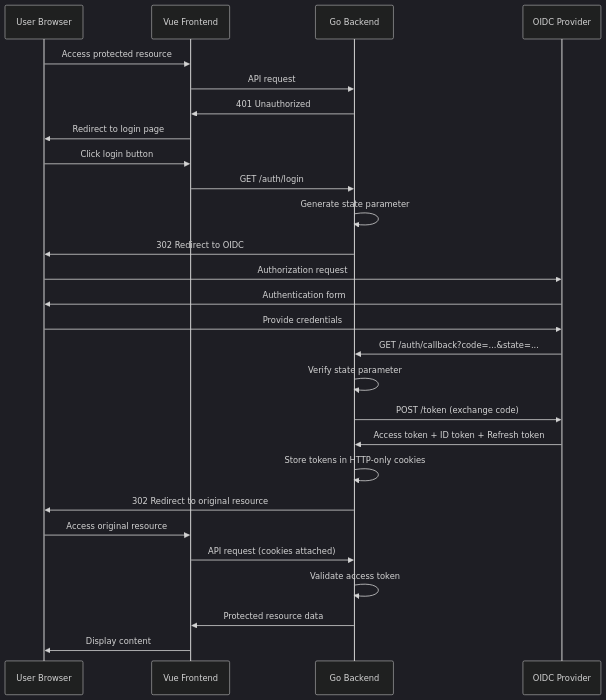
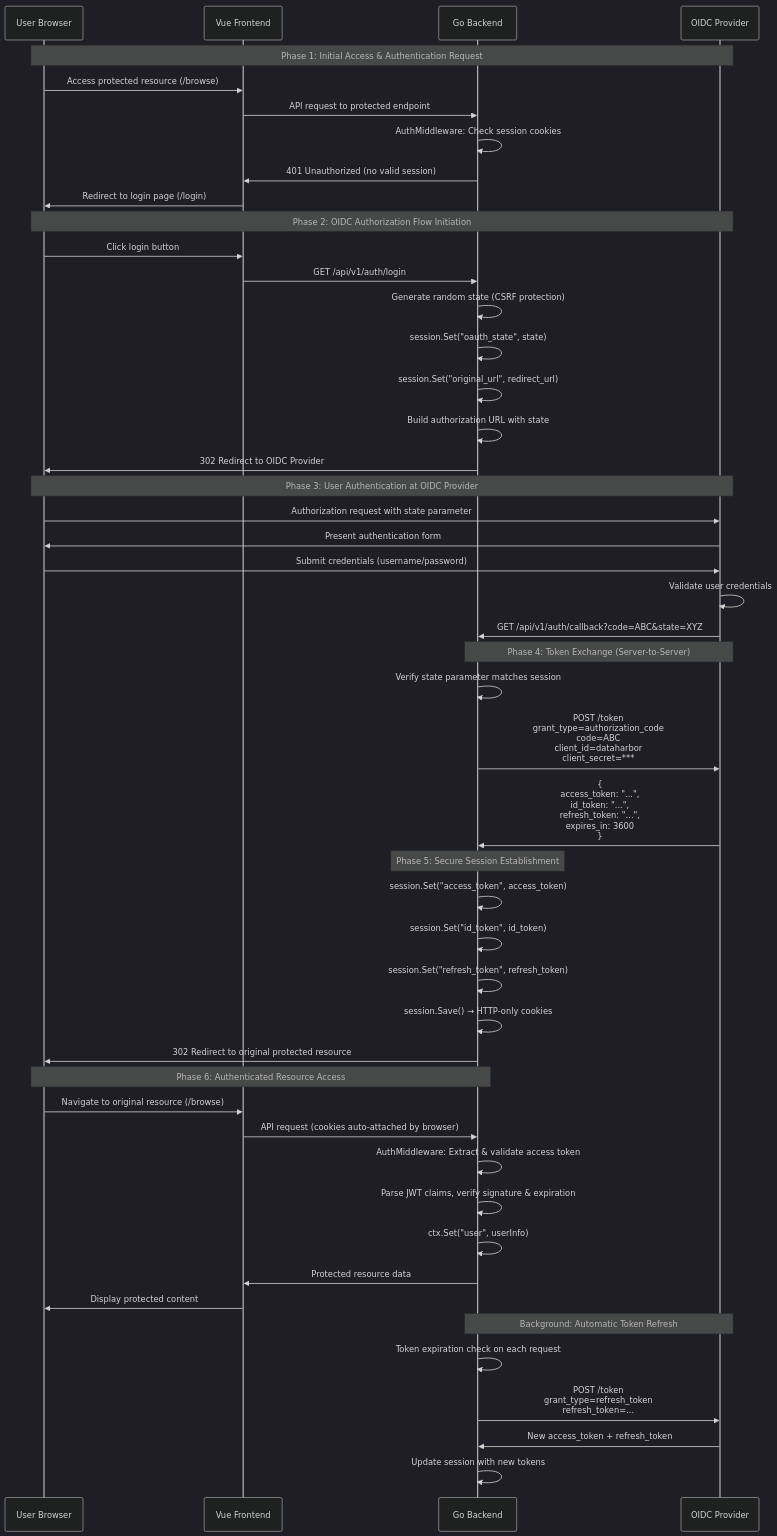
The first of 3 diagrams in docs/AUTHENTICATION.md (AnarManafov/dataharbor), drawn with Mermaid (dark theme) before and after one commit. The commit also changed other lines of this file and 25 other files, not shown here.

````diff
--- a/docs/AUTHENTICATION.md
+++ b/docs/AUTHENTICATION.md
@@ -13,35 +13,57 @@
 ```mermaid
 sequenceDiagram
     participant User as User Browser
     participant Frontend as Vue Frontend
     participant Backend as Go Backend  
     participant OIDC as OIDC Provider
     
-    User->>Frontend: Access protected resource
-    Frontend->>Backend: API request
-    Backend->>Frontend: 401 Unauthorized
-    Frontend->>User: Redirect to login page
+    Note over User,OIDC: Phase 1: Initial Access & Authentication Request
+    User->>Frontend: Access protected resource (/browse)
+    Frontend->>Backend: API request to protected endpoint
+    Backend->>Backend: AuthMiddleware: Check session cookies
+    Backend->>Frontend: 401 Unauthorized (no valid session)
+    Frontend->>User: Redirect to login page (/login)
     
+    Note over User,OIDC: Phase 2: OIDC Authorization Flow Initiation
     User->>Frontend: Click login button
-    Frontend->>Backend: GET /auth/login
-    Backend->>Backend: Generate state parameter
-    Backend->>User: 302 Redirect to OIDC
+    Frontend->>Backend: GET /api/v1/auth/login
+    Backend->>Backend: Generate random state (CSRF protection)
+    Backend->>Backend: session.Set("oauth_state", state)
+    Backend->>Backend: session.Set("original_url", redirect_url)
+    Backend->>Backend: Build authorization URL with state
+    Backend->>User: 302 Redirect to OIDC Provider
     
-    User->>OIDC: Authorization request
-    OIDC->>User: Authentication form
-    User->>OIDC: Provide credentials
-    OIDC->>Backend: GET /auth/callback?code=...&state=...
+    Note over User,OIDC: Phase 3: User Authentication at OIDC Provider
+    User->>OIDC: Authorization request with state parameter
+    OIDC->>User: Present authentication form
+    User->>OIDC: Submit credentials (username/password)
+    OIDC->>OIDC: Validate user credentials
+    OIDC->>Backend: GET /api/v1/auth/callback?code=ABC&state=XYZ
     
-    Backend->>Backend: Verify state parameter
-    Backend->>OIDC: POST /token (exchange code)
-    OIDC->>Backend: Access token + ID token + Refresh token
+    Note over Backend,OIDC: Phase 4: Token Exchange (Server-to-Server)
+    Backend->>Backend: Verify state parameter matches session
+    Backend->>OIDC: POST /token<br/>grant_type=authorization_code<br/>code=ABC<br/>client_id=dataharbor<br/>client_secret=***
+    OIDC->>Backend: {<br/>  access_token: "...",<br/>  id_token: "...",<br/>  refresh_token: "...",<br/>  expires_in: 3600<br/>}
     
-    Backend->>Backend: Store tokens in HTTP-only cookies
-    Backend->>User: 302 Redirect to original resource
+    Note over Backend: Phase 5: Secure Session Establishment
+    Backend->>Backend: session.Set("access_token", access_token)
+    Backend->>Backend: session.Set("id_token", id_token)
+    Backend->>Backend: session.Set("refresh_token", refresh_token)
+    Backend->>Backend: session.Save() → HTTP-only cookies
+    Backend->>User: 302 Redirect to original protected resource
     
-    User->>Frontend: Access original resource
-    Frontend->>Backend: API request (cookies attached)
-    Backend->>Backend: Validate access token
+    Note over User,Backend: Phase 6: Authenticated Resource Access
+    User->>Frontend: Navigate to original resource (/browse)
+    Frontend->>Backend: API request (cookies auto-attached by browser)
+    Backend->>Backend: AuthMiddleware: Extract & validate access token
+    Backend->>Backend: Parse JWT claims, verify signature & expiration
+    Backend->>Backend: ctx.Set("user", userInfo)
     Backend->>Frontend: Protected resource data
-    Frontend->>User: Display content
+    Frontend->>User: Display protected content
+    
+    Note over Backend,OIDC: Background: Automatic Token Refresh
+    Backend->>Backend: Token expiration check on each request
+    Backend->>OIDC: POST /token<br/>grant_type=refresh_token<br/>refresh_token=...
+    OIDC->>Backend: New access_token + refresh_token
+    Backend->>Backend: Update session with new tokens
 ```
````
